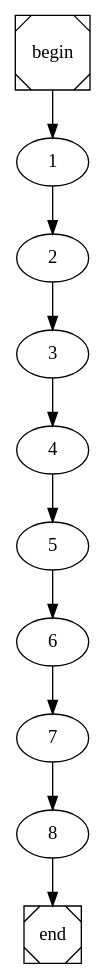
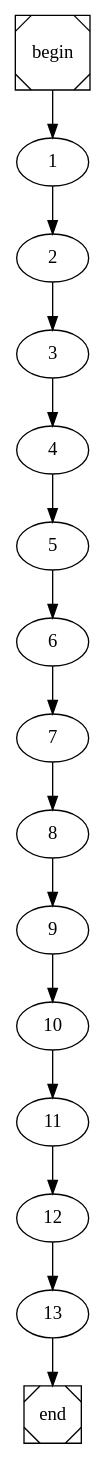
One commit to pedrojfs17/FEUP-COMP changed the diagram in build_test_arr.dot. Above: the diagram before and after it, drawn with Graphviz. The commit also changed 3 other files, not shown here.

```diff
--- a/build_test_arr.dot
+++ b/build_test_arr.dot
@@ -1,4 +1,4 @@
 digraph cfg {
 	begin [shape=Msquare];
 	end [shape=Msquare];
-	begin -> 1;	1 -> 2;	2 -> 3;	3 -> 4;	4 -> 5;	5 -> 6;	6 -> 7;	7 -> 8;	8 -> end;}
+	begin -> 1;	1 -> 2;	2 -> 3;	3 -> 4;	4 -> 5;	5 -> 6;	6 -> 7;	7 -> 8;	8 -> 9;	9 -> 10;	10 -> 11;	11 -> 12;	12 -> 13;	13 -> end;}
```
